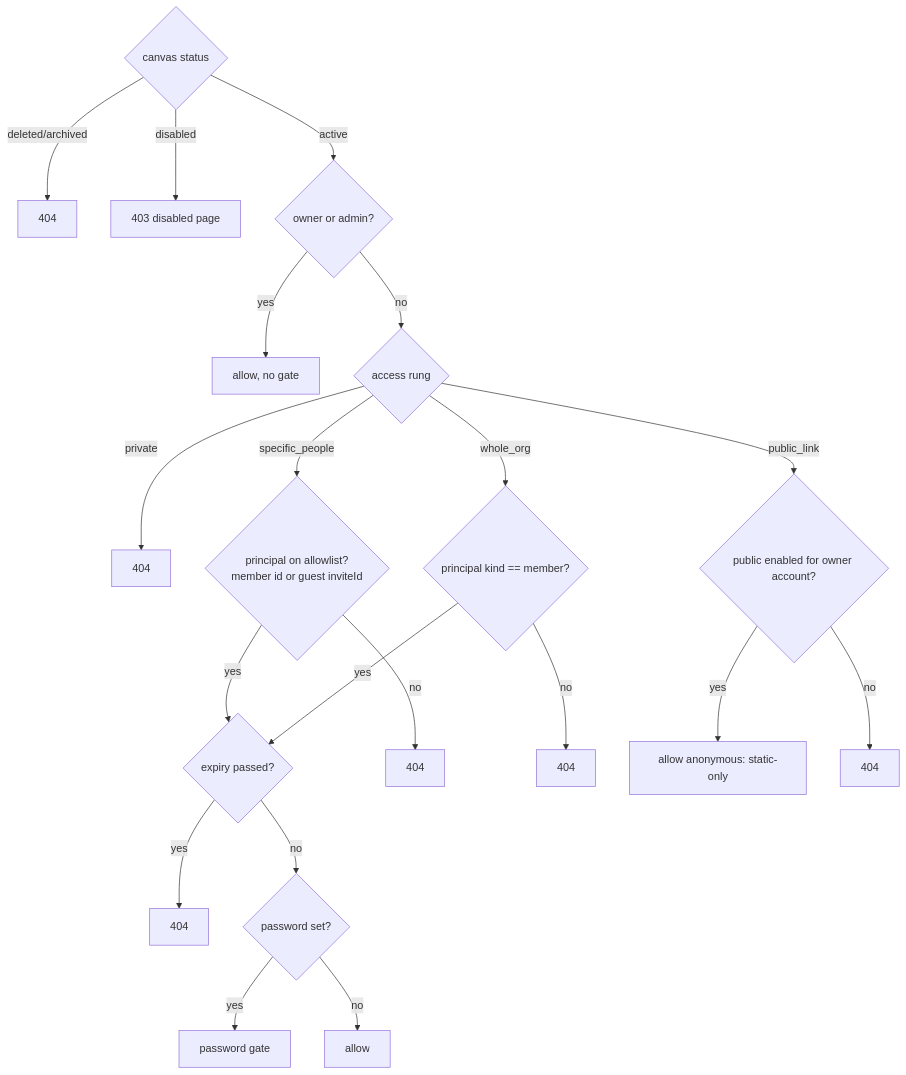
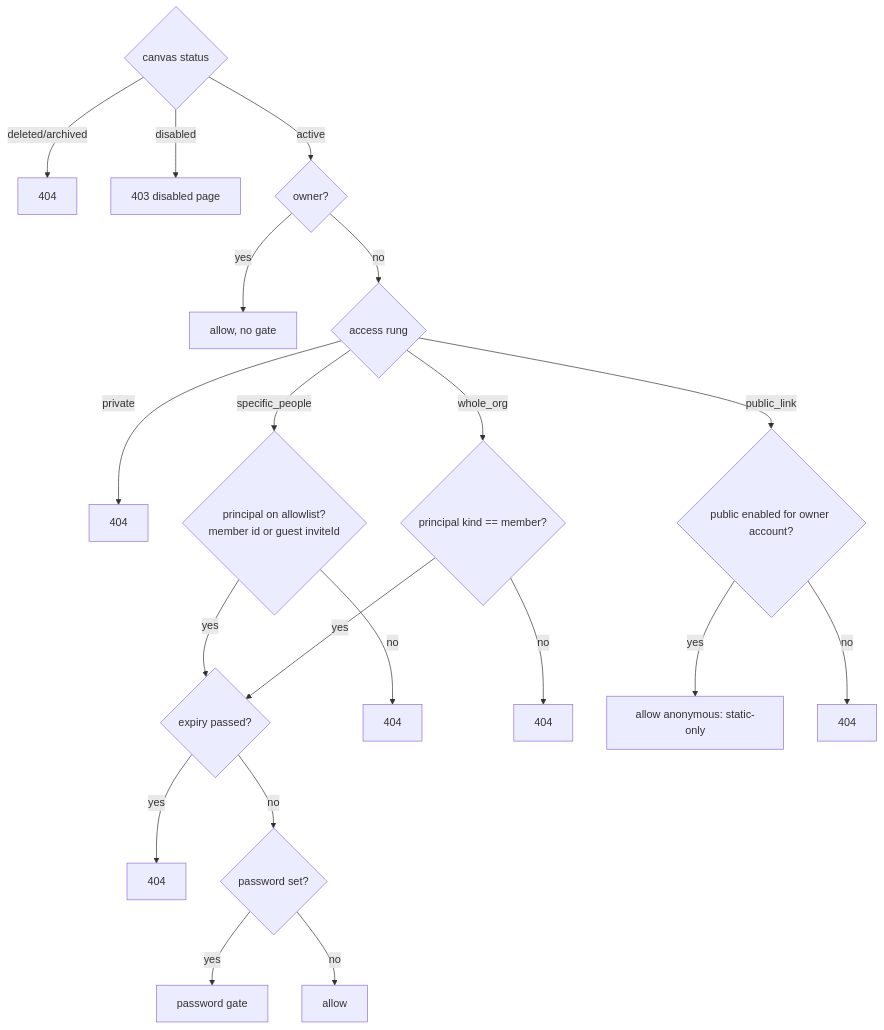
Before and after one commit to markpasternak/canvas-drop: the second of 2 diagrams in docs/plans/2026-06-15-001-feat-canvas-sharing-access-ladder-plan.md, drawn with Mermaid. The commit also changed other lines of this file and 15 other files, not shown here.

````diff
--- a/docs/plans/2026-06-15-001-feat-canvas-sharing-access-ladder-plan.md
+++ b/docs/plans/2026-06-15-001-feat-canvas-sharing-access-ladder-plan.md
@@ -105,22 +105,26 @@
 ```mermaid
 flowchart TB
   S{canvas status} -->|deleted/archived| N1[404]
   S -->|disabled| F1[403 disabled page]
-  S -->|active| OWN{owner or admin?}
+  S -->|active| OWN{owner?}
   OWN -->|yes| A1[allow, no gate]
   OWN -->|no| RUNG{access rung}
+  %% NOTE (post-impl, D-admin-restrict): a non-owner admin is NOT a bypass here — it
+  %% flows down the `no` branch and is treated like an ordinary member, so a non-owned
+  %% private/unlisted canvas 404s for an admin too. Admins keep only the password-gate
+  %% bypass on rungs they can reach. Cross-owner admin power is management-only.
   RUNG -->|private| N2[404]
   RUNG -->|specific_people| AL{principal on allowlist?<br/>member id or guest inviteId}
   RUNG -->|whole_org| MEMQ{principal kind == member?}
   RUNG -->|public_link| PUBQ{public enabled for owner account?}
   AL -->|yes| MOD
   AL -->|no| N3[404]
   MEMQ -->|yes| MOD
   MEMQ -->|no| N4[404]
   PUBQ -->|yes| MODP[allow anonymous: static-only]
   PUBQ -->|no| N5[404]
   MOD{expiry passed?} -->|yes| N6[404]
   MOD -->|no| GATE{password set?}
   GATE -->|yes| PWD[password gate]
   GATE -->|no| OK[allow]
 ```
````
